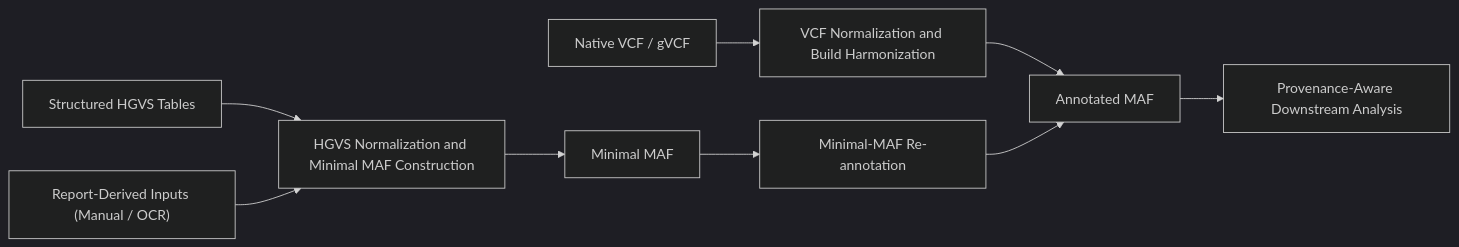
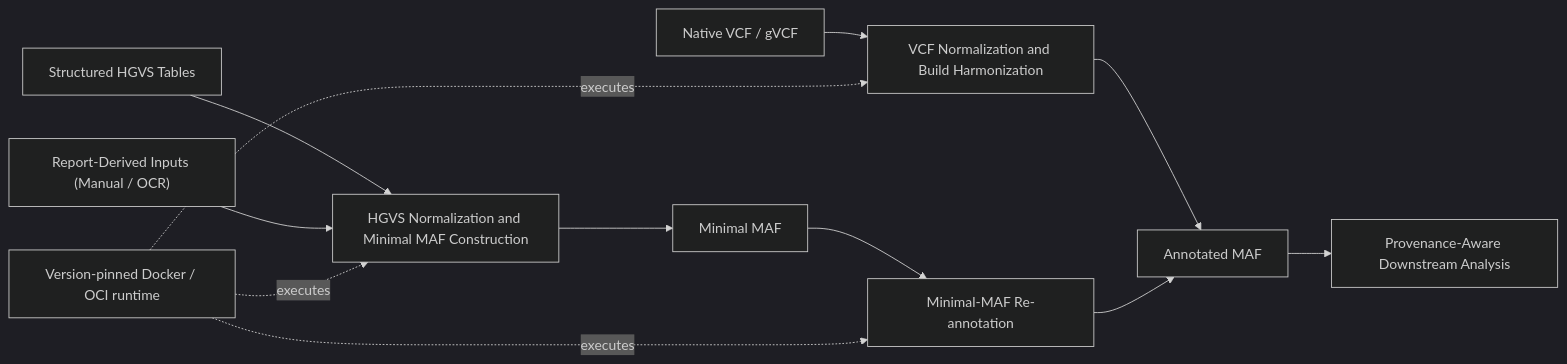
One commit to NCDCbioinformatics/cure-ngs-panel-harmonization-framework changed the diagram in README.md. Above: the diagram before and after it, drawn with Mermaid (dark theme). The commit also changed other lines of this file and 72 other files, not shown here.

````diff
--- a/README.md
+++ b/README.md
@@ -33,11 +40,14 @@
 ```mermaid
 flowchart LR
     A["Native VCF / gVCF"] --> B["VCF Normalization and Build Harmonization"]
     D["Structured HGVS Tables"] --> E["HGVS Normalization and Minimal MAF Construction"]
     F["Report-Derived Inputs (Manual / OCR)"] --> E
     B --> C["Annotated MAF"]
     E --> G["Minimal MAF"]
     G --> H["Minimal-MAF Re-annotation"]
     H --> C
     C --> I["Provenance-Aware Downstream Analysis"]
+    J["Version-pinned Docker / OCI runtime"] -. executes .-> B
+    J -. executes .-> E
+    J -. executes .-> H
 ```
````
